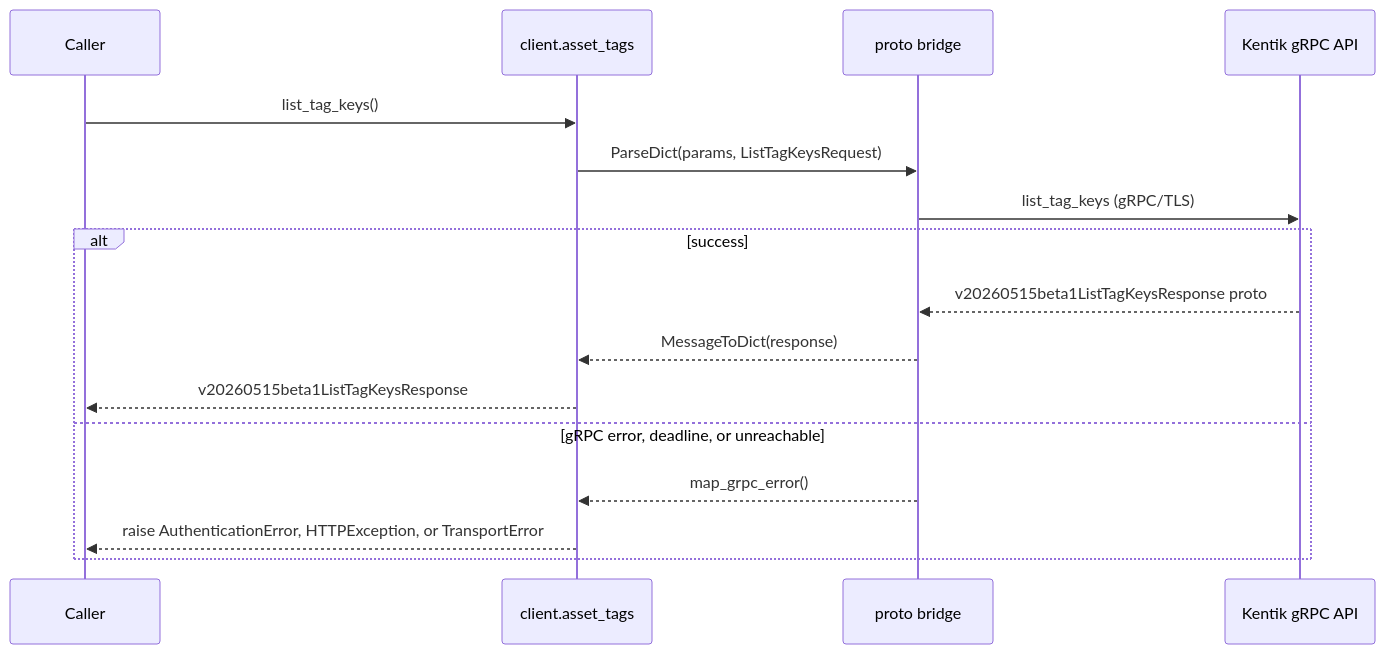
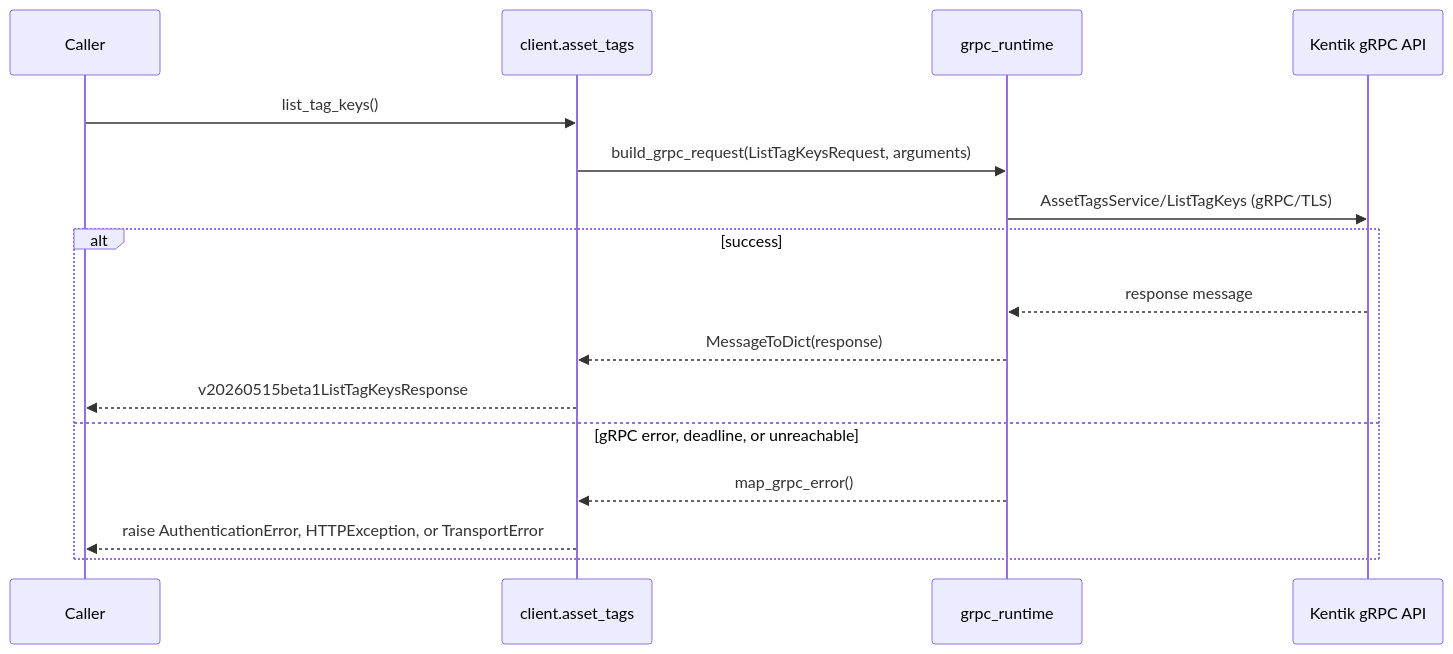
One commit to alexdearaujo/community_sdk_python changed the fifth of 20 diagrams in docs/sphinx/services/asset_tags.md. Above: the diagram before and after it, drawn with Mermaid. The commit also changed other lines of this file and 37 other files, not shown here.

First line of the commit message:
docs: show the real RPC in each service page's gRPC diagram

````diff
--- a/docs/sphinx/services/asset_tags.md
+++ b/docs/sphinx/services/asset_tags.md
@@ -137,19 +137,19 @@
 ```mermaid
 sequenceDiagram
     participant C as Caller
     participant W as client.asset_tags
-    participant B as proto bridge
+    participant R as grpc_runtime
     participant API as Kentik gRPC API
 
     C->>W: list_tag_keys()
-    W->>B: ParseDict(params, ListTagKeysRequest)
-    B->>API: list_tag_keys (gRPC/TLS)
+    W->>R: build_grpc_request(ListTagKeysRequest, arguments)
+    R->>API: AssetTagsService/ListTagKeys (gRPC/TLS)
     alt success
-        API-->>B: v20260515beta1ListTagKeysResponse proto
-        B-->>W: MessageToDict(response)
+        API-->>R: response message
+        R-->>W: MessageToDict(response)
         W-->>C: v20260515beta1ListTagKeysResponse
     else gRPC error, deadline, or unreachable
-        B-->>W: map_grpc_error()
+        R-->>W: map_grpc_error()
         W-->>C: raise AuthenticationError, HTTPException, or TransportError
     end
 ```
````
